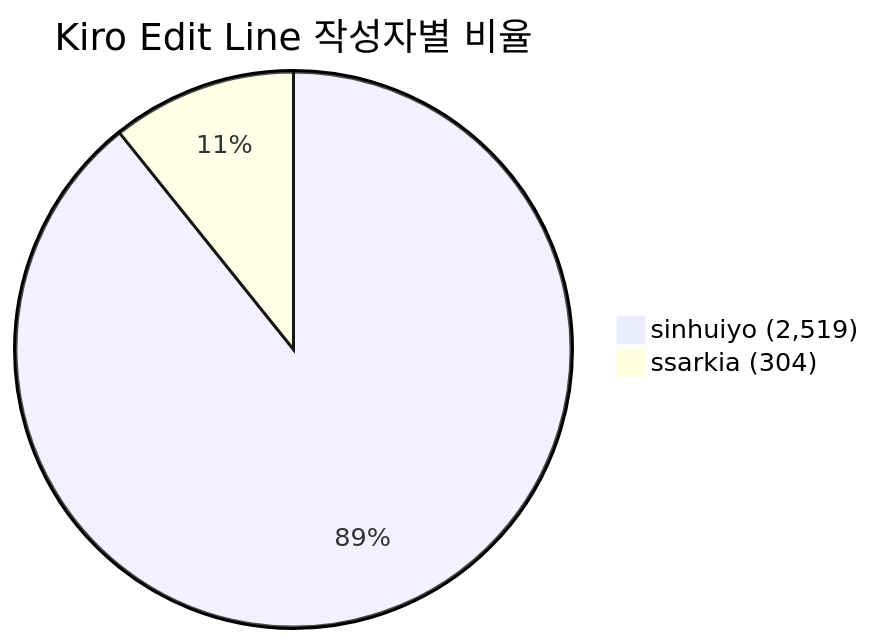
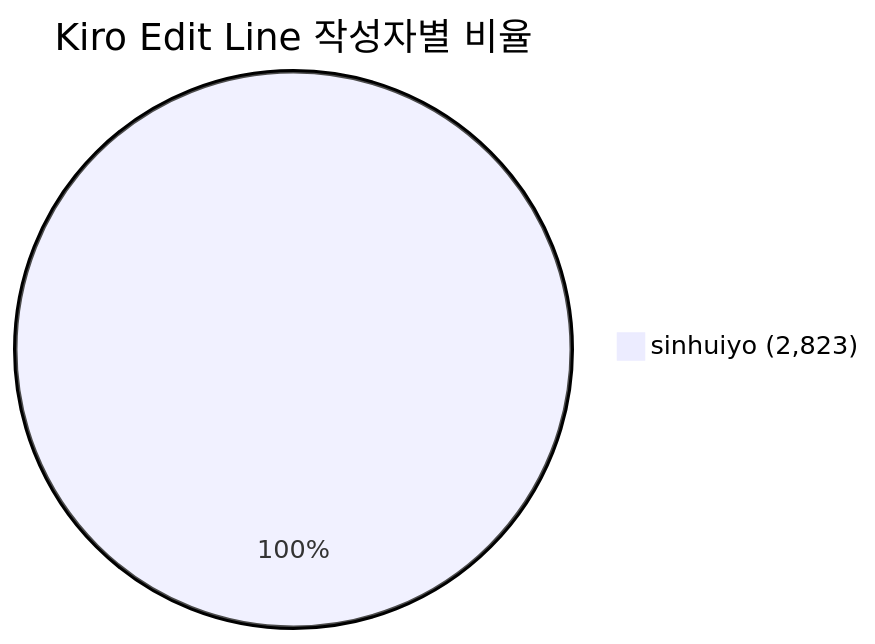
Before and after one commit to Leesinhui-medialog/ExPjt: the first of 2 diagrams in kiro-generated.md, drawn with Mermaid. The commit also changed other lines of this file and 1 other file, not shown here.

````diff
--- a/kiro-generated.md
+++ b/kiro-generated.md
@@ -55,5 +55,4 @@
 ```mermaid
 pie title Kiro Edit Line 작성자별 비율
-    "sinhuiyo (2,519)" : 2519
-    "ssarkia (304)" : 304
+    "sinhuiyo (2,823)" : 2823
 ```
````
